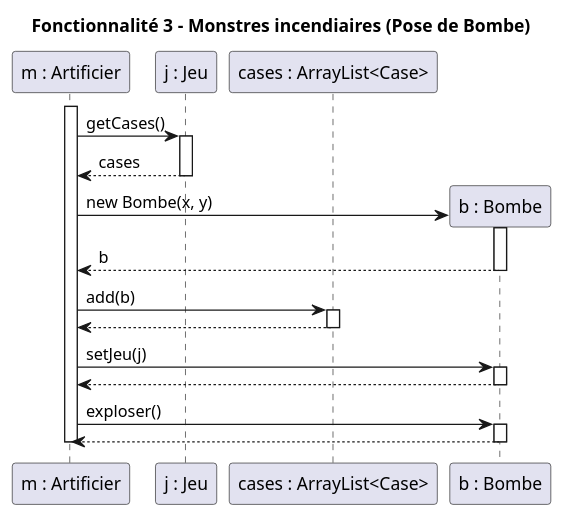
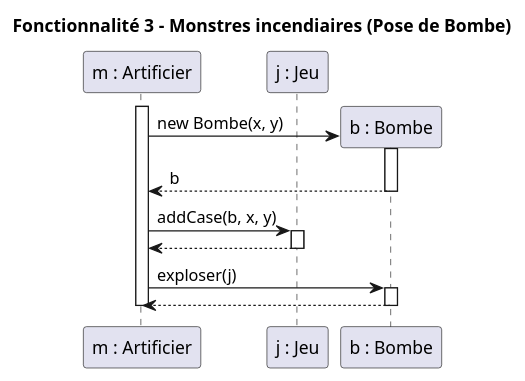
One commit to lucas-martinati-pro/SAE_S2.01_Zeldiablo-LucasM_JeanLM_PierreGSV changed the diagram in documents/version_4/Diagrammes Séquence/Fonctionnalité 3.puml. Above: the diagram before and after it, drawn with PlantUML. The commit also changed 11 other files, not shown here.

Commit message:
edit: Case logique pour superpositions des cases

```diff
--- a/documents/version_4/Diagrammes Séquence/Fonctionnalité 3.puml
+++ b/documents/version_4/Diagrammes Séquence/Fonctionnalité 3.puml
@@ -1,36 +1,26 @@
 @startuml
 title Fonctionnalité 3 - Monstres incendiaires (Pose de Bombe)
 
 participant "m : Artificier" as Artificier
 participant "j : Jeu" as Jeu
-participant "cases : ArrayList<Case>" as Cases
 
 activate Artificier
-Artificier -> Jeu : getCases()
-activate Jeu
-Jeu --> Artificier : cases
-deactivate Jeu
 
 create "b : Bombe" as Bombe
 Artificier -> Bombe : new Bombe(x, y)
 activate Bombe
 Bombe --> Artificier : b
 deactivate Bombe
 
-Artificier -> Cases : add(b)
-activate Cases
-Cases --> Artificier
-deactivate Cases
+Artificier -> Jeu : addCase(b, x, y)
+activate Jeu
+Jeu --> Artificier
+deactivate Jeu
 
-Artificier -> Bombe : setJeu(j)
-activate Bombe
-Bombe --> Artificier
-deactivate Bombe
-
-Artificier -> Bombe : exploser()
+Artificier -> Bombe : exploser(j)
 activate Bombe
 Bombe --> Artificier
 deactivate Bombe
 
 deactivate Artificier
 @enduml
```
